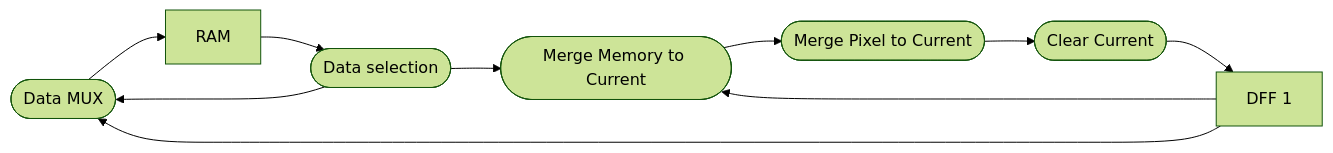
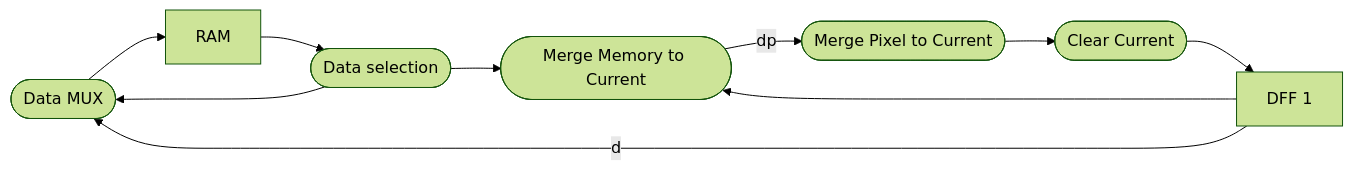
One commit to Topi-ab/linkruncca changed the first of 2 diagrams in doc/optimization_of_feature_accumulator.md. Above: the diagram before and after it, drawn with Mermaid (forest theme). The commit also changed other lines of this file, not shown here.

````diff
--- a/doc/optimization_of_feature_accumulator.md
+++ b/doc/optimization_of_feature_accumulator.md
@@ -13,20 +13,20 @@
 ```mermaid
 flowchart LR
     mux([Data MUX])
     mem[RAM]
     async_1([Data selection])
     async_2([Merge Memory to Current])
     async_3([Merge Pixel to Current])
     async_4([Clear Current])
     dff1[DFF 1]
 
     mux --> mem
     mem --> async_1
     async_1 --> mux
     async_1 --> async_2
-    async_2 --> async_3
+    async_2 -->|dp| async_3
     async_3 --> async_4
     async_4 --> dff1
     dff1 --> async_2
-    dff1 --> mux
+    dff1 -->|d| mux
 ```
````
